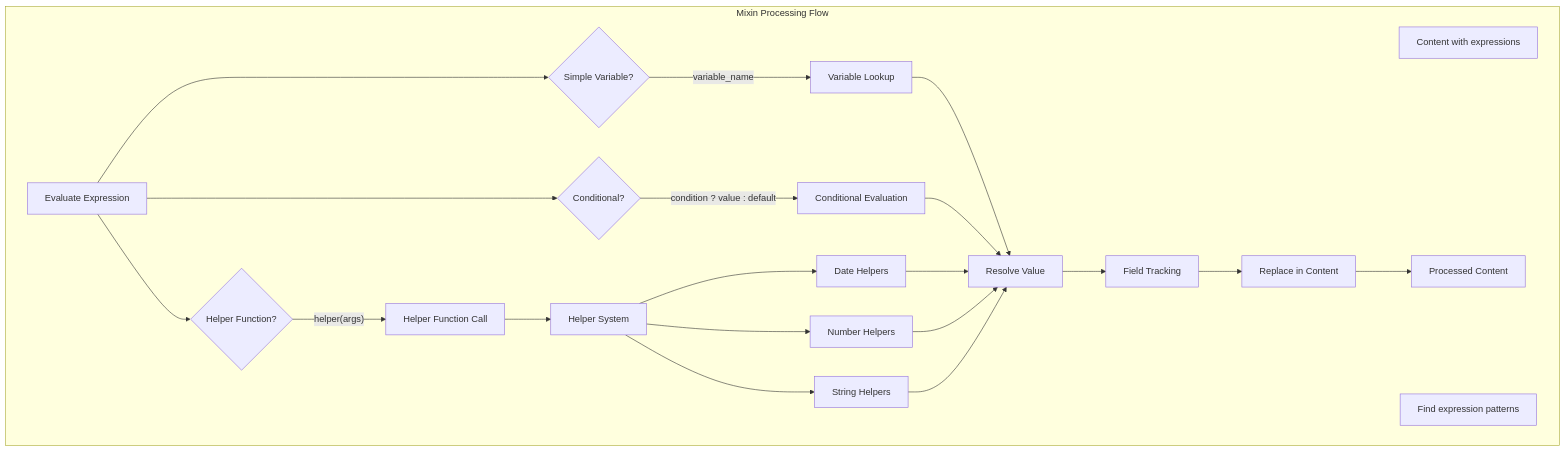
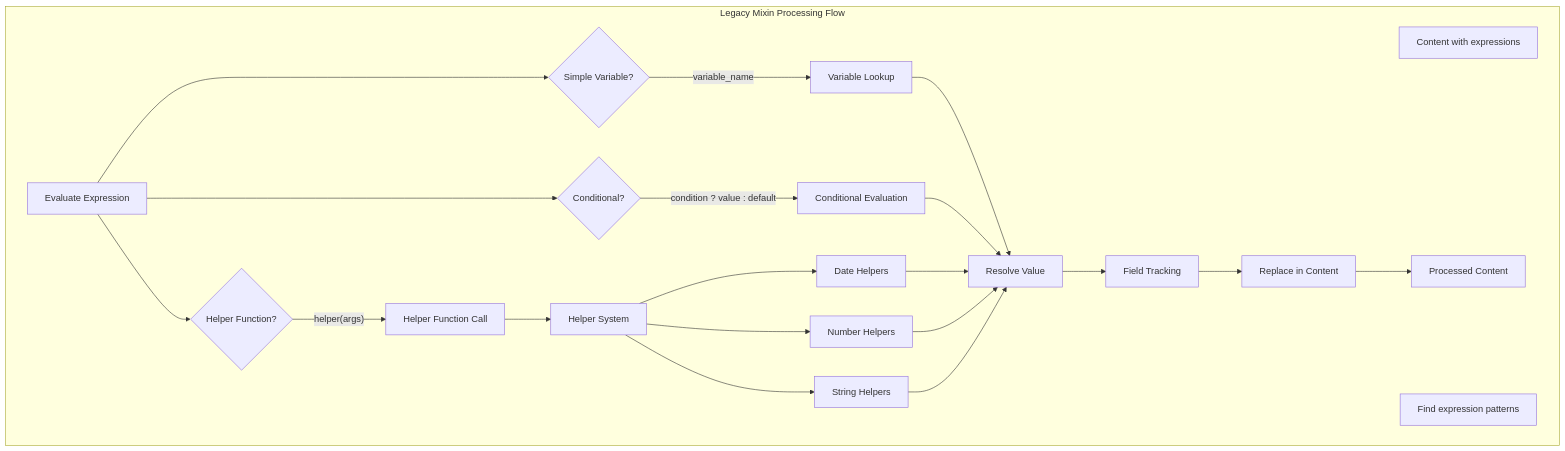
The ninth of 25 diagrams in docs/ARCHITECTURE.md (petalo/legal-markdown-js), drawn with Mermaid before and after one commit. The commit also changed other lines of this file and 20 other files, not shown here.

First line of the commit message:
feat: implement modern pipeline architecture with AST-based processing

````diff
--- a/docs/ARCHITECTURE.md
+++ b/docs/ARCHITECTURE.md
@@ -271,32 +362,32 @@
 ```mermaid
 graph TB
-    subgraph "Mixin Processing Flow"
+    subgraph "Legacy Mixin Processing Flow"
         INPUT["Content with expressions"]
         PATTERN["Find expression patterns"]
         EVAL[Evaluate Expression]
 
         EVAL --> SIMPLE{Simple Variable?}
         EVAL --> HELPER{Helper Function?}
         EVAL --> COND{Conditional?}
 
         SIMPLE -->|variable_name| VAR_LOOKUP[Variable Lookup]
         HELPER -->|"helper(args)"| HELPER_CALL[Helper Function Call]
         COND -->|"condition ? value : default"| COND_EVAL[Conditional Evaluation]
 
         VAR_LOOKUP --> RESOLVE[Resolve Value]
         HELPER_CALL --> HELPER_SYS[Helper System]
         COND_EVAL --> RESOLVE
 
         HELPER_SYS --> DATE_H[Date Helpers]
         HELPER_SYS --> NUM_H[Number Helpers]
         HELPER_SYS --> STR_H[String Helpers]
 
         DATE_H --> RESOLVE
         NUM_H --> RESOLVE
         STR_H --> RESOLVE
 
         RESOLVE --> TRACK[Field Tracking]
         TRACK --> REPLACE[Replace in Content]
         REPLACE --> OUTPUT[Processed Content]
     end
 ```
````
